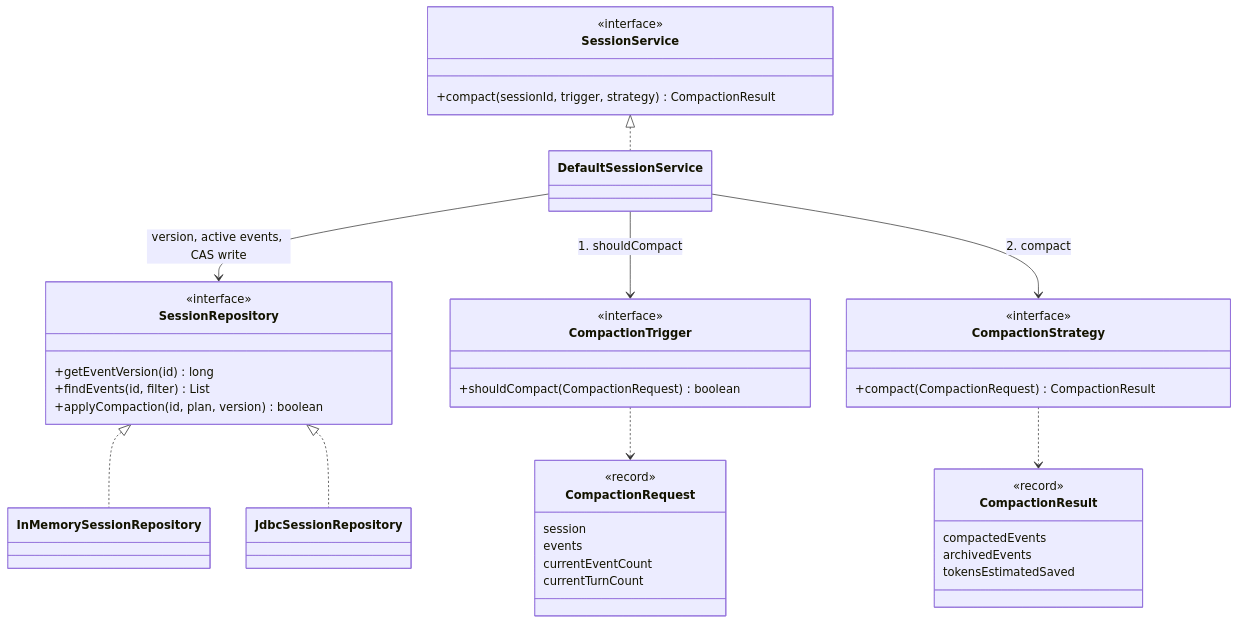
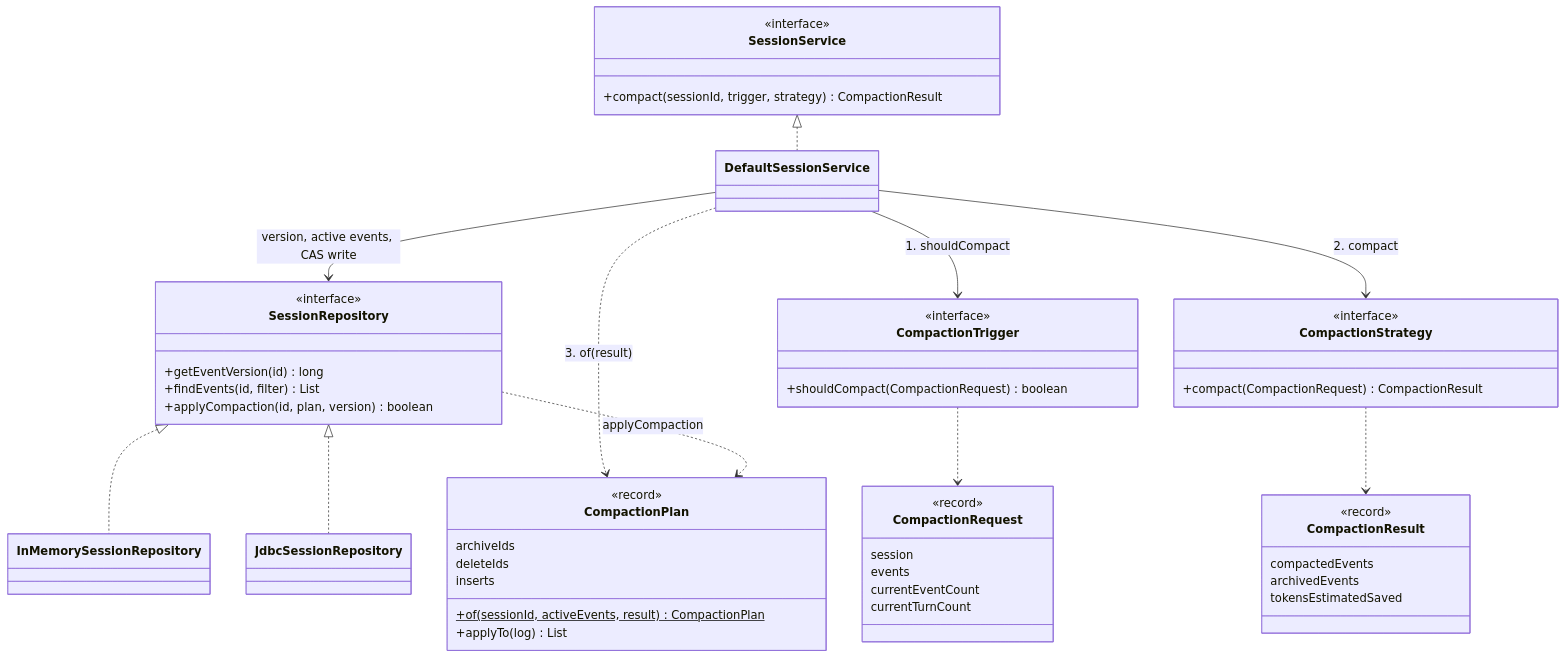
One commit to spring-ai-community/spring-ai-session changed the first of 7 diagrams in docs/session-management/compaction-internals.md. Above: the diagram before and after it, drawn with Mermaid. The commit also changed other lines of this file, not shown here.

First line of the commit message:
Use archived vs deleted consistently on the Compaction Internals page

````diff
--- a/docs/session-management/compaction-internals.md
+++ b/docs/session-management/compaction-internals.md
@@ -25,49 +29,59 @@
 ```mermaid
 classDiagram
     direction TB
 
     class SessionService {
         <<interface>>
         +compact(sessionId, trigger, strategy) CompactionResult
     }
     class DefaultSessionService
     class SessionRepository {
         <<interface>>
         +getEventVersion(id) long
         +findEvents(id, filter) List
         +applyCompaction(id, plan, version) boolean
     }
     class InMemorySessionRepository
     class JdbcSessionRepository
 
     class CompactionTrigger {
         <<interface>>
         +shouldCompact(CompactionRequest) boolean
     }
     class CompactionStrategy {
         <<interface>>
         +compact(CompactionRequest) CompactionResult
     }
     class CompactionRequest {
         <<record>>
         session
         events
         currentEventCount
         currentTurnCount
     }
     class CompactionResult {
         <<record>>
         compactedEvents
         archivedEvents
         tokensEstimatedSaved
     }
+    class CompactionPlan {
+        <<record>>
+        archiveIds
+        deleteIds
+        inserts
+        +of(sessionId, activeEvents, result)$ CompactionPlan
+        +applyTo(log) List
+    }
 
     SessionService <|.. DefaultSessionService
     DefaultSessionService --> SessionRepository : version, active events, CAS write
     SessionRepository <|.. InMemorySessionRepository
     SessionRepository <|.. JdbcSessionRepository
     DefaultSessionService --> CompactionTrigger : 1. shouldCompact
     DefaultSessionService --> CompactionStrategy : 2. compact
+    DefaultSessionService ..> CompactionPlan : 3. of(result)
     CompactionTrigger ..> CompactionRequest
     CompactionStrategy ..> CompactionResult
+    SessionRepository ..> CompactionPlan : applyCompaction
 ```
````
